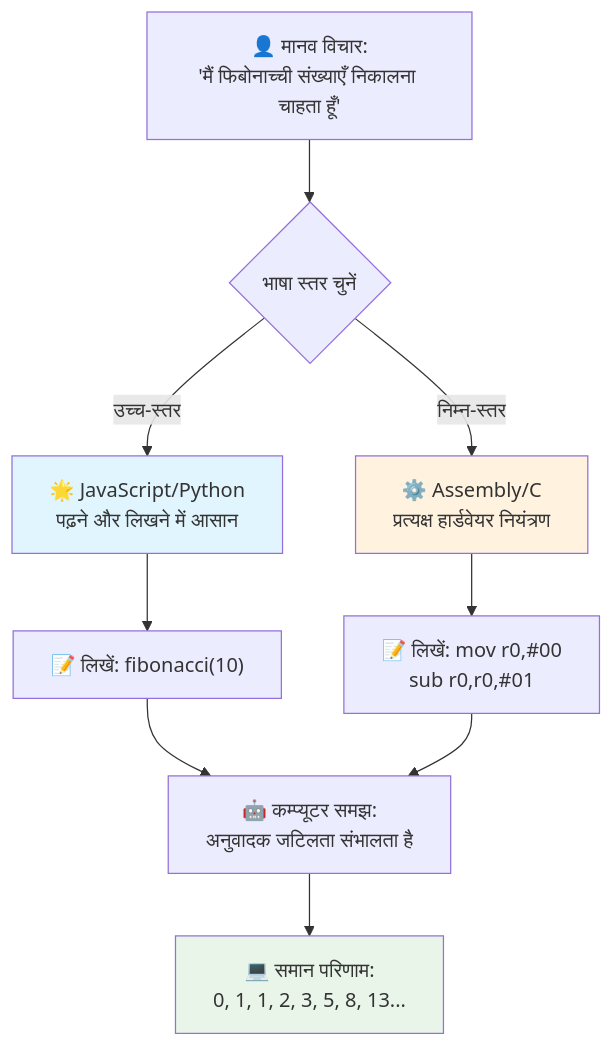
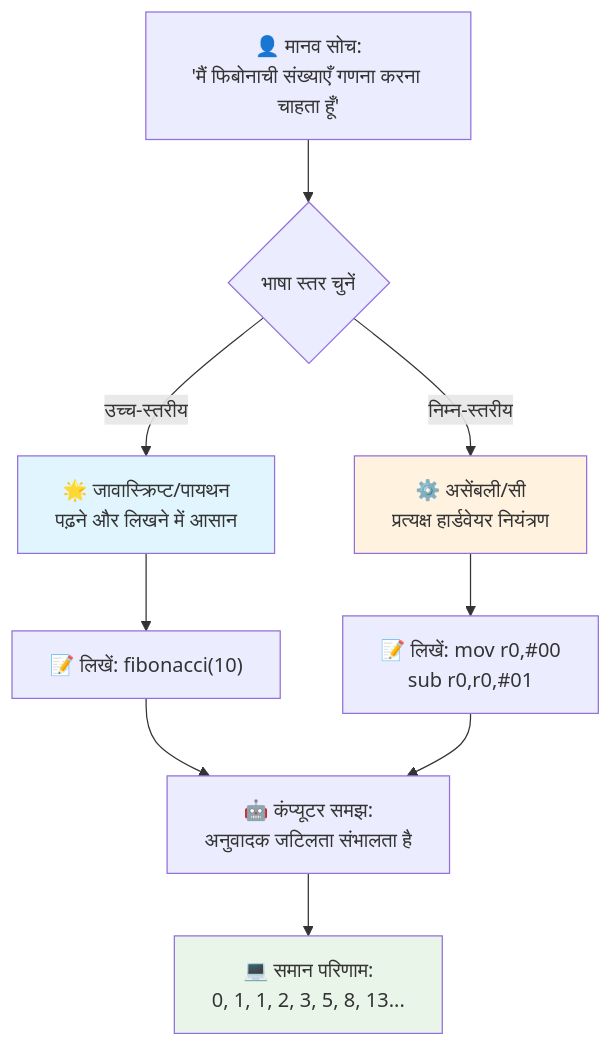
Before and after one commit to microsoft/Web-Dev-For-Beginners: the third of 7 diagrams in translations/hi/1-getting-started-lessons/1-intro-to-programming-languages/README.md, drawn with Mermaid. The commit also changed other lines of this file and 11 other files, not shown here.

````diff
--- a/translations/hi/1-getting-started-lessons/1-intro-to-programming-languages/README.md
+++ b/translations/hi/1-getting-started-lessons/1-intro-to-programming-languages/README.md
@@ -148,19 +148,19 @@
 ```mermaid
 flowchart TB
-    A["👤 मानव विचार:<br/>'मैं फिबोनाच्ची संख्याएँ निकालना चाहता हूँ'"] --> B{भाषा स्तर चुनें}
+    A["👤 मानव सोच:<br/>'मैं फिबोनाची संख्याएँ गणना करना चाहता हूँ'"] --> B{भाषा स्तर चुनें}
     
-    B -->|उच्च-स्तर| C["🌟 JavaScript/Python<br/>पढ़ने और लिखने में आसान"]
-    B -->|निम्न-स्तर| D["⚙️ Assembly/C<br/>प्रत्यक्ष हार्डवेयर नियंत्रण"]
+    B -->|उच्च-स्तरीय| C["🌟 जावास्क्रिप्ट/पायथन<br/>पढ़ने और लिखने में आसान"]
+    B -->|निम्न-स्तरीय| D["⚙️ असेंबली/सी<br/>प्रत्यक्ष हार्डवेयर नियंत्रण"]
     
     C --> E["📝 लिखें: fibonacci(10)"]
     D --> F["📝 लिखें: mov r0,#00<br/>sub r0,r0,#01"]
     
-    E --> G["🤖 कम्प्यूटर समझ:<br/>अनुवादक जटिलता संभालता है"]
+    E --> G["🤖 कंप्यूटर समझ:<br/>अनुवादक जटिलता संभालता है"]
     F --> G
     
     G --> H["💻 समान परिणाम:<br/>0, 1, 1, 2, 3, 5, 8, 13..."]
     
     style C fill:#e1f5fe
     style D fill:#fff3e0
     style H fill:#e8f5e8
 ```
````
